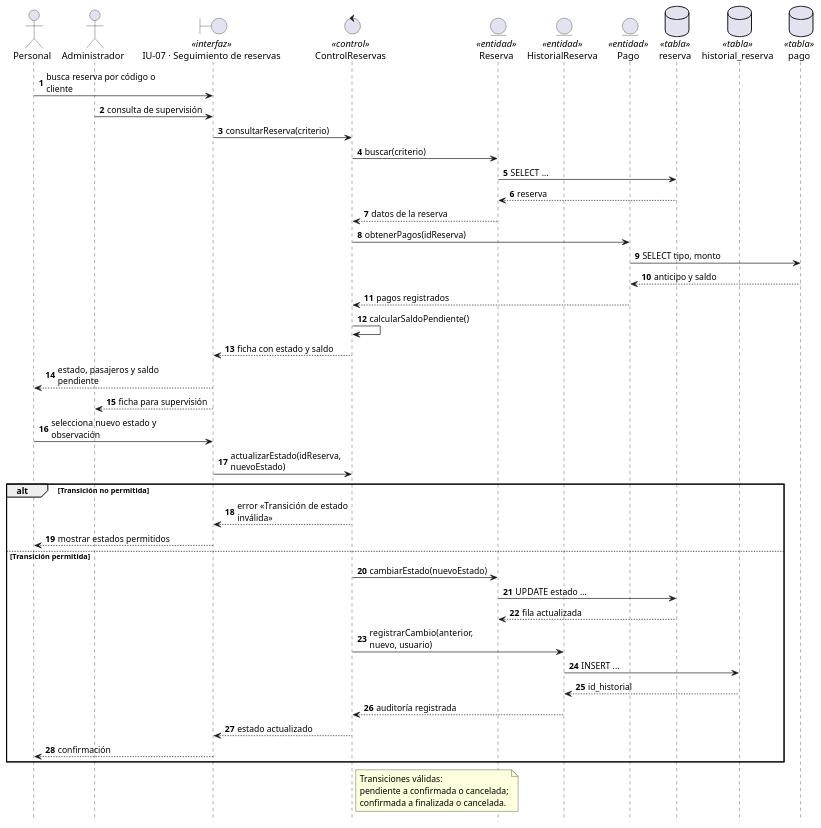
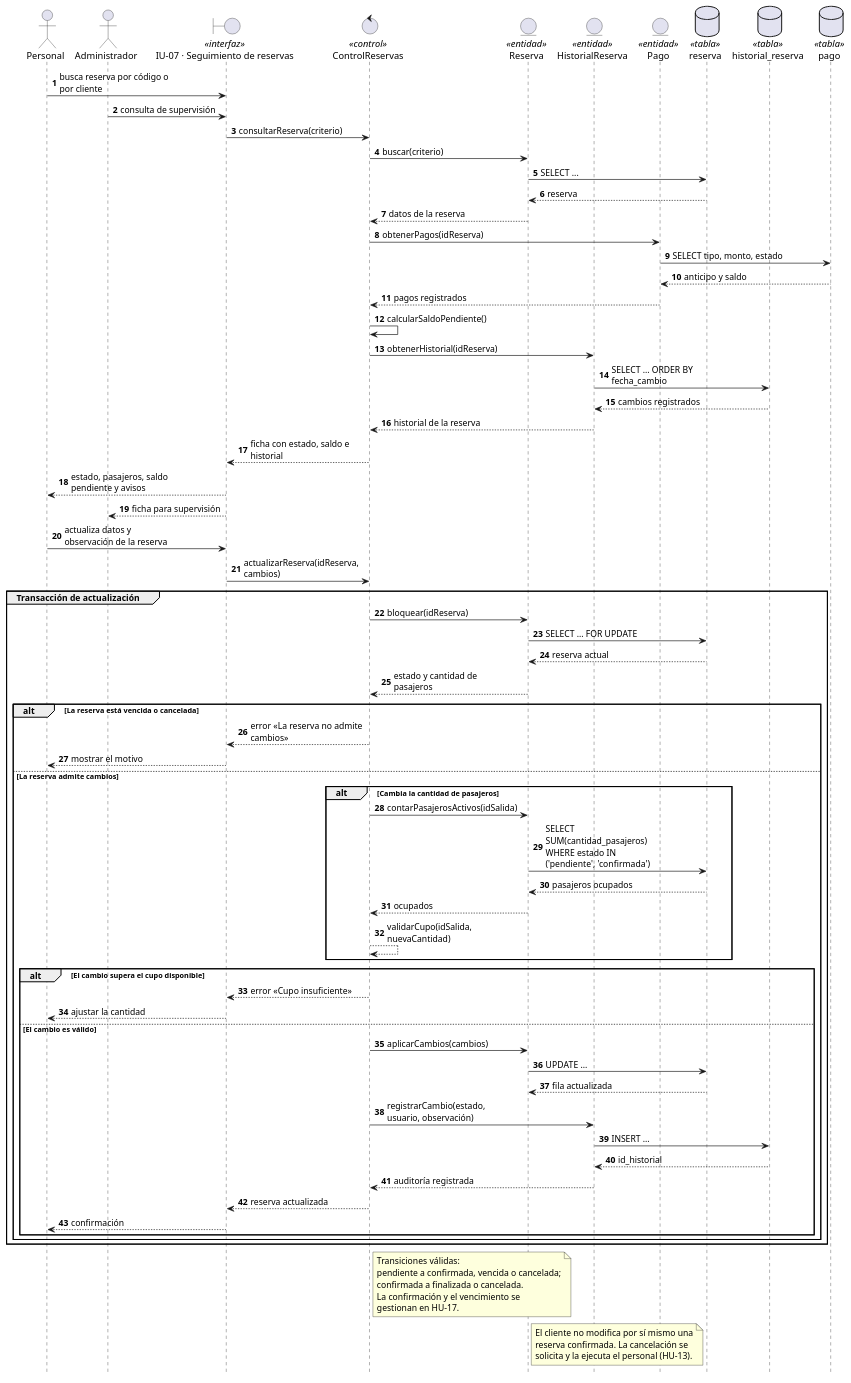
One commit to fervflow/sis-inf3-proyecto-formativo changed the diagram in diagramas/fuentes/uml/secuencia/hu-07-actualizar-reserva.puml. Above: the diagram before and after it, drawn with PlantUML. The commit also changed 32 other files, not shown here.

Commit message:
refactor: diagramas de secuencia, HU orientado a turistas agregado

```diff
--- a/diagramas/fuentes/uml/secuencia/hu-07-actualizar-reserva.puml
+++ b/diagramas/fuentes/uml/secuencia/hu-07-actualizar-reserva.puml
@@ -1,57 +1,93 @@
 @startuml
 ' HU-07 · Seguimiento y actualización de reservas
+' El personal consulta el estado, el saldo y el historial, y actualiza los
+' datos de una reserva. El cliente no modifica su reserva confirmada: lo
+' solicita y el personal lo ejecuta.
 hide footbox
 autonumber
-skinparam maxMessageSize 170
+skinparam maxMessageSize 175
 
 actor "Personal" as PER
 actor "Administrador" as ADM
 boundary "IU-07 · Seguimiento de reservas" as UI <<interfaz>>
 control "ControlReservas" as CTRL <<control>>
 entity "Reserva" as E_RESERVA <<entidad>>
 entity "HistorialReserva" as E_HISTORIAL <<entidad>>
 entity "Pago" as E_PAGO <<entidad>>
 database "reserva" as T_RESERVA <<tabla>>
 database "historial_reserva" as T_HISTORIAL <<tabla>>
 database "pago" as T_PAGO <<tabla>>
 
-PER -> UI : busca reserva por código o cliente
+PER -> UI : busca reserva por código o por cliente
 ADM -> UI : consulta de supervisión
 UI -> CTRL : consultarReserva(criterio)
 CTRL -> E_RESERVA : buscar(criterio)
 E_RESERVA -> T_RESERVA : SELECT ...
 T_RESERVA --> E_RESERVA : reserva
 E_RESERVA --> CTRL : datos de la reserva
 
 CTRL -> E_PAGO : obtenerPagos(idReserva)
-E_PAGO -> T_PAGO : SELECT tipo, monto
+E_PAGO -> T_PAGO : SELECT tipo, monto, estado
 T_PAGO --> E_PAGO : anticipo y saldo
 E_PAGO --> CTRL : pagos registrados
 CTRL -> CTRL : calcularSaldoPendiente()
-CTRL --> UI : ficha con estado y saldo
-UI --> PER : estado, pasajeros y saldo pendiente
+CTRL -> E_HISTORIAL : obtenerHistorial(idReserva)
+E_HISTORIAL -> T_HISTORIAL : SELECT ... ORDER BY fecha_cambio
+T_HISTORIAL --> E_HISTORIAL : cambios registrados
+E_HISTORIAL --> CTRL : historial de la reserva
+CTRL --> UI : ficha con estado, saldo e historial
+UI --> PER : estado, pasajeros, saldo pendiente y avisos
 UI --> ADM : ficha para supervisión
 
-PER -> UI : selecciona nuevo estado y observación
-UI -> CTRL : actualizarEstado(idReserva, nuevoEstado)
-alt Transición no permitida
-    CTRL --> UI : error «Transición de estado inválida»
-    UI --> PER : mostrar estados permitidos
-else Transición permitida
-    CTRL -> E_RESERVA : cambiarEstado(nuevoEstado)
-    E_RESERVA -> T_RESERVA : UPDATE estado ...
-    T_RESERVA --> E_RESERVA : fila actualizada
-    CTRL -> E_HISTORIAL : registrarCambio(anterior, nuevo, usuario)
-    E_HISTORIAL -> T_HISTORIAL : INSERT ...
-    T_HISTORIAL --> E_HISTORIAL : id_historial
-    E_HISTORIAL --> CTRL : auditoría registrada
-    CTRL --> UI : estado actualizado
-    UI --> PER : confirmación
+PER -> UI : actualiza datos y observación de la reserva
+UI -> CTRL : actualizarReserva(idReserva, cambios)
+
+group Transacción de actualización
+    CTRL -> E_RESERVA : bloquear(idReserva)
+    E_RESERVA -> T_RESERVA : SELECT ... FOR UPDATE
+    T_RESERVA --> E_RESERVA : reserva actual
+    E_RESERVA --> CTRL : estado y cantidad de pasajeros
+
+    alt La reserva está vencida o cancelada
+        CTRL --> UI : error «La reserva no admite cambios»
+        UI --> PER : mostrar el motivo
+    else La reserva admite cambios
+        alt Cambia la cantidad de pasajeros
+            CTRL -> E_RESERVA : contarPasajerosActivos(idSalida)
+            E_RESERVA -> T_RESERVA : SELECT SUM(cantidad_pasajeros)\nWHERE estado IN ('pendiente', 'confirmada')
+            T_RESERVA --> E_RESERVA : pasajeros ocupados
+            E_RESERVA --> CTRL : ocupados
+            CTRL --> CTRL : validarCupo(idSalida, nuevaCantidad)
+        end
+
+        alt El cambio supera el cupo disponible
+            CTRL --> UI : error «Cupo insuficiente»
+            UI --> PER : ajustar la cantidad
+        else El cambio es válido
+            CTRL -> E_RESERVA : aplicarCambios(cambios)
+            E_RESERVA -> T_RESERVA : UPDATE ...
+            T_RESERVA --> E_RESERVA : fila actualizada
+            CTRL -> E_HISTORIAL : registrarCambio(estado, usuario, observación)
+            E_HISTORIAL -> T_HISTORIAL : INSERT ...
+            T_HISTORIAL --> E_HISTORIAL : id_historial
+            E_HISTORIAL --> CTRL : auditoría registrada
+            CTRL --> UI : reserva actualizada
+            UI --> PER : confirmación
+        end
+    end
 end
 
 note right of CTRL
     Transiciones válidas:
-    pendiente a confirmada o cancelada;
+    pendiente a confirmada, vencida o cancelada;
     confirmada a finalizada o cancelada.
+    La confirmación y el vencimiento se
+    gestionan en HU-17.
+end note
+
+note right of E_RESERVA
+    El cliente no modifica por sí mismo una
+    reserva confirmada. La cancelación se
+    solicita y la ejecuta el personal (HU-13).
 end note
 @enduml
```
